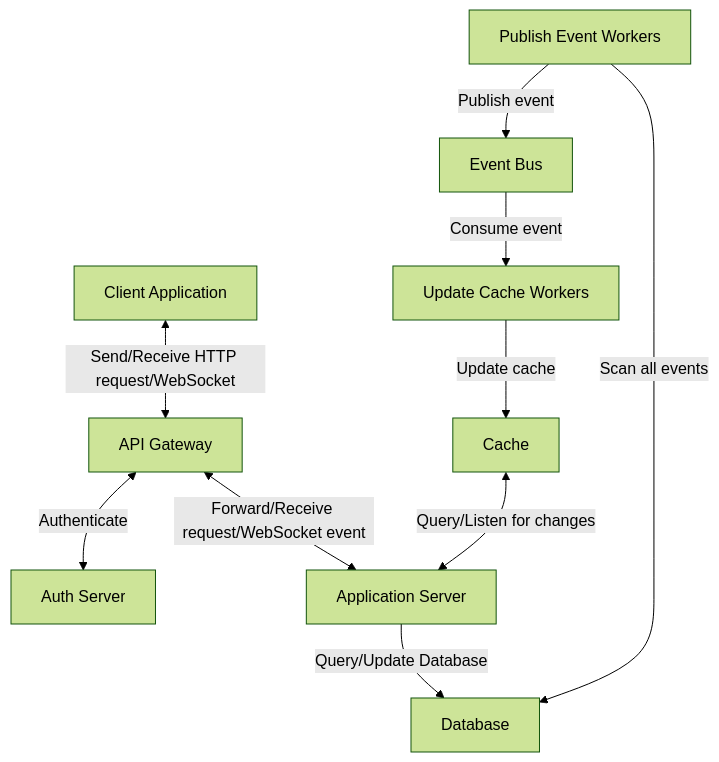
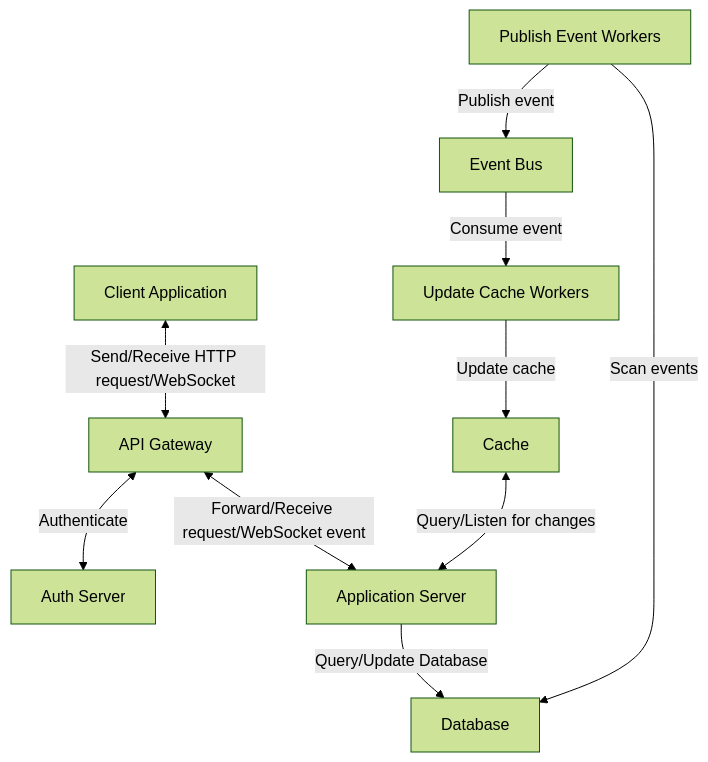
Before and after one commit to nguyenvu1619/online-quiz: the first of 5 diagrams in README.md, drawn with Mermaid (forest theme). The commit also changed 2 other files, not shown here.

````diff
--- a/README.md
+++ b/README.md
@@ -3,12 +3,12 @@
 ```mermaid
 graph TD
     A[Client Application] <-->|Send/Receive HTTP request/WebSocket| B[API Gateway]
     B <-->|Authenticate| C[Auth Server]
     B <-->|Forward/Receive request/WebSocket event| D[Application Server]
     D -->|Query/Update Database| E[Database]
-    I -->|Scan all events| E[Database]
+    I -->|Scan events| E[Database]
     I[Publish Event Workers] -->|Publish event| F[Event Bus]
     F -->|Consume event| G[Update Cache Workers]
     G -->|Update cache| H[Cache]
     H <-->|Query/Listen for changes| D
 ```
````
